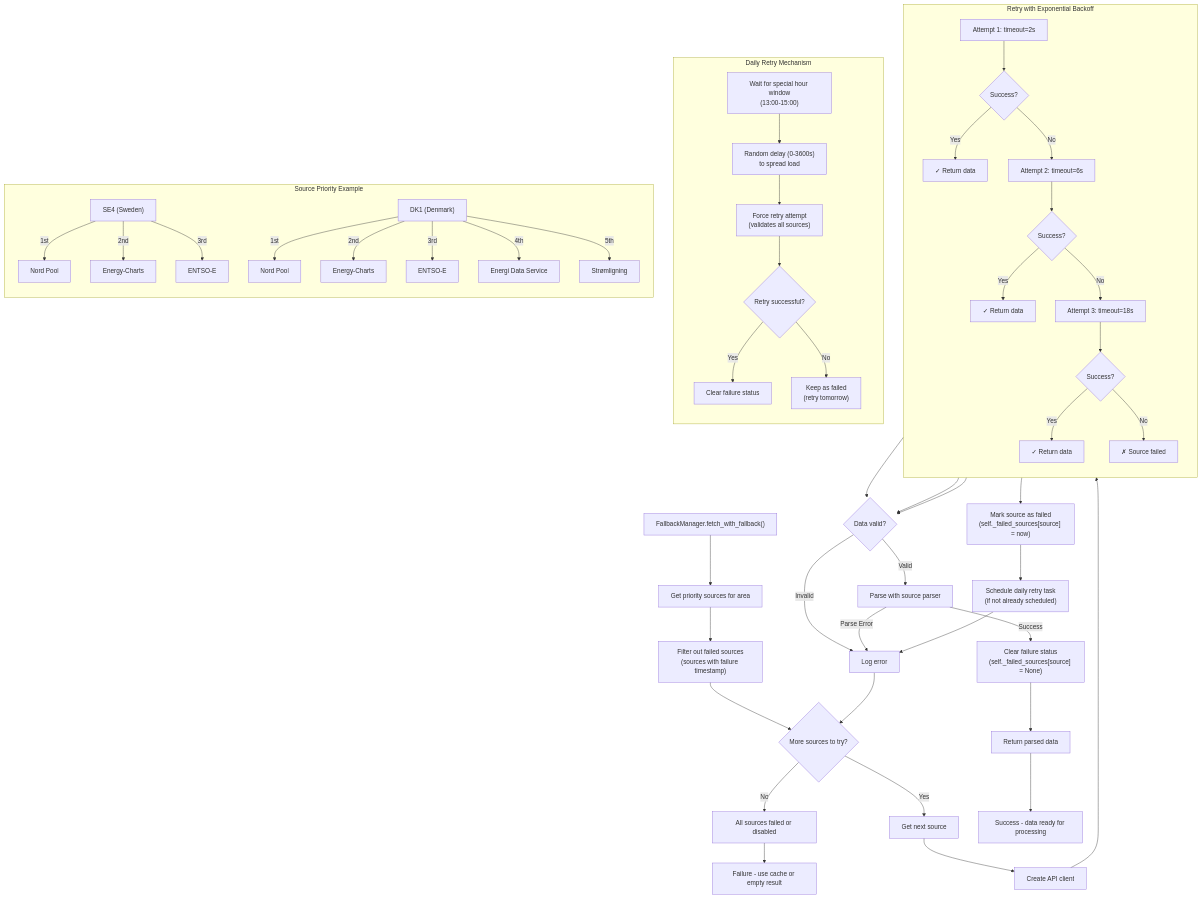
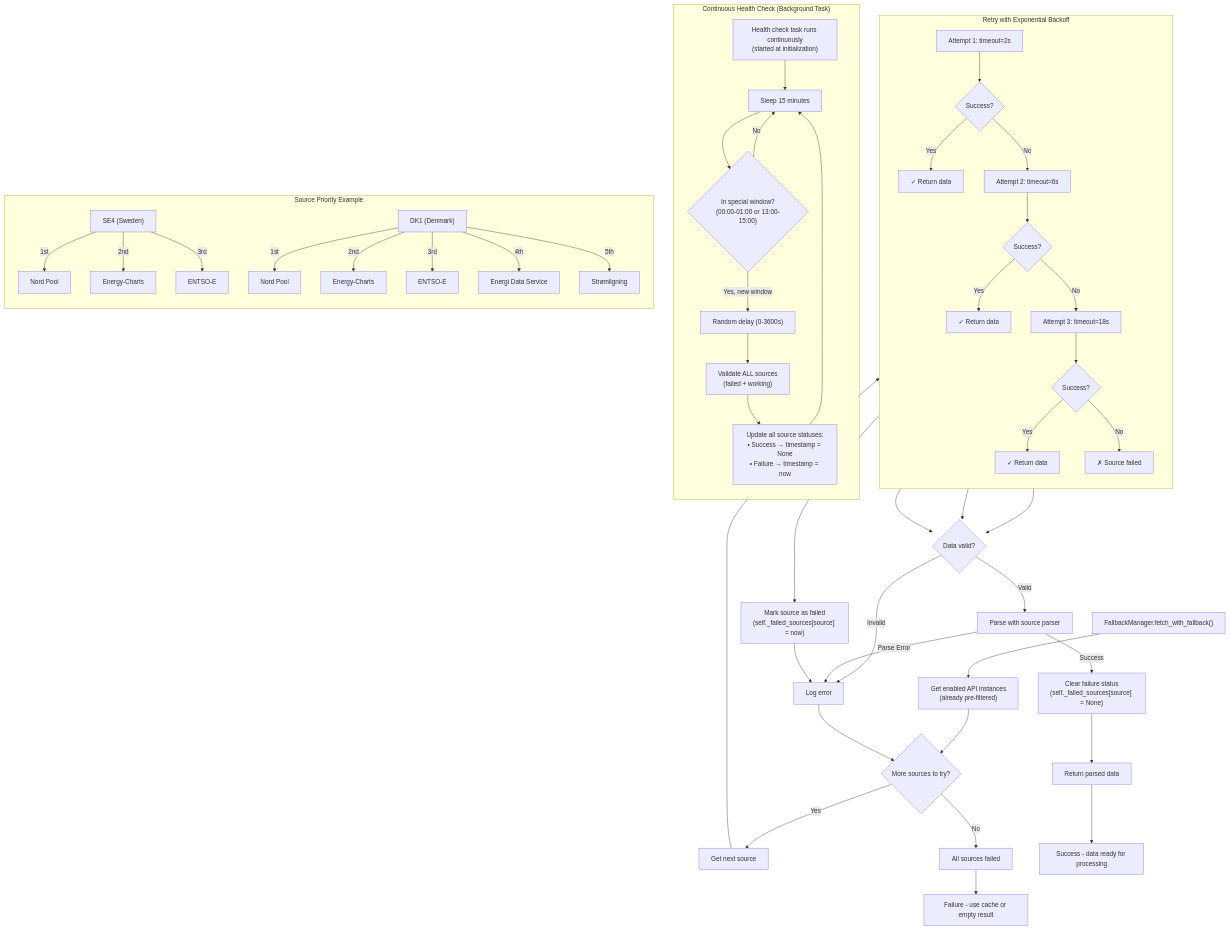
The fourth of 4 diagrams in README.md (enoch85/ge-spot), drawn with Mermaid before and after one commit. The commit also changed other lines of this file and 11 other files, not shown here.

First line of the commit message:
feat: Implement detailed error handling and grace period mechanism

````diff
--- a/README.md
+++ b/README.md
@@ -683,68 +696,67 @@
 ```mermaid
 flowchart TD
-    FallbackStart["FallbackManager.fetch_with_fallback()"] --> GetSources["Get priority sources for area"]
-    GetSources --> FilterFailed["Filter out failed sources<br/>(sources with failure timestamp)"]
-    FilterFailed --> SourceLoop{"More sources to try?"}
+    FallbackStart["FallbackManager.fetch_with_fallback()"] --> GetSources["Get enabled API instances<br/>(already pre-filtered)"]
+    GetSources --> SourceLoop{"More sources to try?"}
     
     SourceLoop --> |"Yes"| NextSource["Get next source"]
-    SourceLoop --> |"No"| FallbackFail["All sources failed or disabled"]
+    SourceLoop --> |"No"| FallbackFail["All sources failed"]
     
-    NextSource --> CreateAPI["Create API client"]
-    CreateAPI --> RetryLoop["Exponential Backoff Retry Loop"]
+    NextSource --> RetryLoop["Exponential Backoff Retry Loop"]
     
     subgraph RetryLoop["Retry with Exponential Backoff"]
         direction TB
         Try1["Attempt 1: timeout=2s"] --> Check1{"Success?"}
         Check1 --> |"Yes"| Success1["✓ Return data"]
         Check1 --> |"No"| Try2["Attempt 2: timeout=6s"]
         Try2 --> Check2{"Success?"}
         Check2 --> |"Yes"| Success2["✓ Return data"]
         Check2 --> |"No"| Try3["Attempt 3: timeout=18s"]
         Try3 --> Check3{"Success?"}
         Check3 --> |"Yes"| Success3["✓ Return data"]
         Check3 --> |"No"| Failed["✗ Source failed"]
     end
     
     Success1 --> ValidateData{"Data valid?"}
     Success2 --> ValidateData
     Success3 --> ValidateData
     
     ValidateData --> |"Valid"| ParseData["Parse with source parser"]
     ValidateData --> |"Invalid"| LogError["Log error"]
     
     ParseData --> |"Success"| MarkWorking["Clear failure status<br/>(self._failed_sources[source] = None)"]
     ParseData --> |"Parse Error"| LogError
     
     MarkWorking --> FallbackSuccess["Return parsed data"]
     
     Failed --> MarkFailed["Mark source as failed<br/>(self._failed_sources[source] = now)"]
-    MarkFailed --> ScheduleRetry["Schedule daily retry task<br/>(if not already scheduled)"]
-    ScheduleRetry --> LogError
+    MarkFailed --> LogError
     
     LogError --> SourceLoop
     
     FallbackSuccess --> End["Success - data ready for processing"]
     FallbackFail --> End2["Failure - use cache or empty result"]
     
-    subgraph DailyRetry["Daily Retry Mechanism"]
+    subgraph HealthCheckValidation["Continuous Health Check (Background Task)"]
         direction TB
-        WaitWindow["Wait for special hour window<br/>(13:00-15:00)"] --> RandomDelay["Random delay (0-3600s)<br/>to spread load"]
-        RandomDelay --> ForceRetry["Force retry attempt<br/>(validates all sources)"]
-        ForceRetry --> RetrySuccess{"Retry successful?"}
-        RetrySuccess --> |"Yes"| ClearFailure["Clear failure status"]
-        RetrySuccess --> |"No"| KeepFailed["Keep as failed<br/>(retry tomorrow)"]
+        BGTask["Health check task runs continuously<br/>(started at initialization)"] --> Sleep["Sleep 15 minutes"]
+        Sleep --> WindowCheck{"In special window?<br/>(00:00-01:00 or 13:00-15:00)"}
+        WindowCheck --> |"No"| Sleep
+        WindowCheck --> |"Yes, new window"| RandomDelay["Random delay (0-3600s)"]
+        RandomDelay --> ValidateAllSources["Validate ALL sources<br/>(failed + working)"]
+        ValidateAllSources --> UpdateStatuses["Update all source statuses:<br/>• Success → timestamp = None<br/>• Failure → timestamp = now"]
+        UpdateStatuses --> Sleep
     end
     
     subgraph SourcePriority["Source Priority Example"]
         direction TB
         SE4["SE4 (Sweden)"] --> |"1st"| Nordpool["Nord Pool"]
         SE4 --> |"2nd"| EnergyCharts["Energy-Charts"]
         SE4 --> |"3rd"| ENTSOE["ENTSO-E"]
         
         DK1["DK1 (Denmark)"] --> |"1st"| NordpoolDK["Nord Pool"]
         DK1 --> |"2nd"| EnergyChartsDK["Energy-Charts"]
         DK1 --> |"3rd"| ENTSODK["ENTSO-E"] 
         DK1 --> |"4th"| EnergiData["Energi Data Service"]
         DK1 --> |"5th"| Stromligning["Strømligning"]
     end
 ```
````
